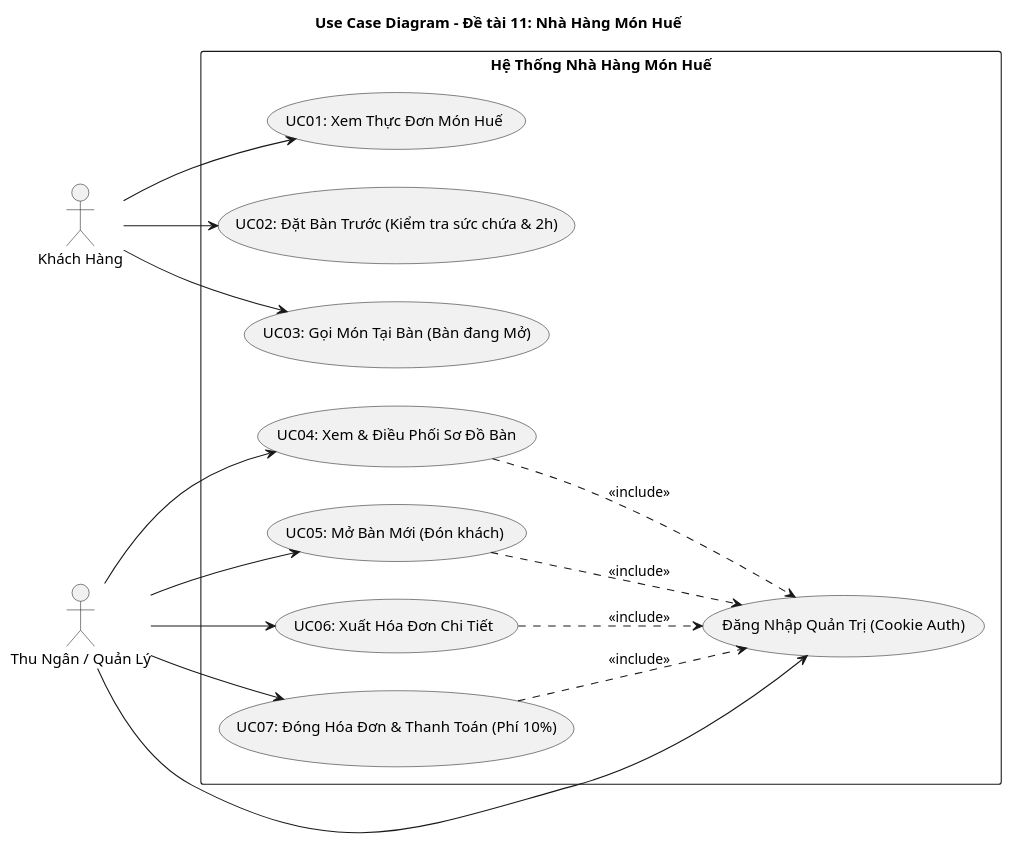
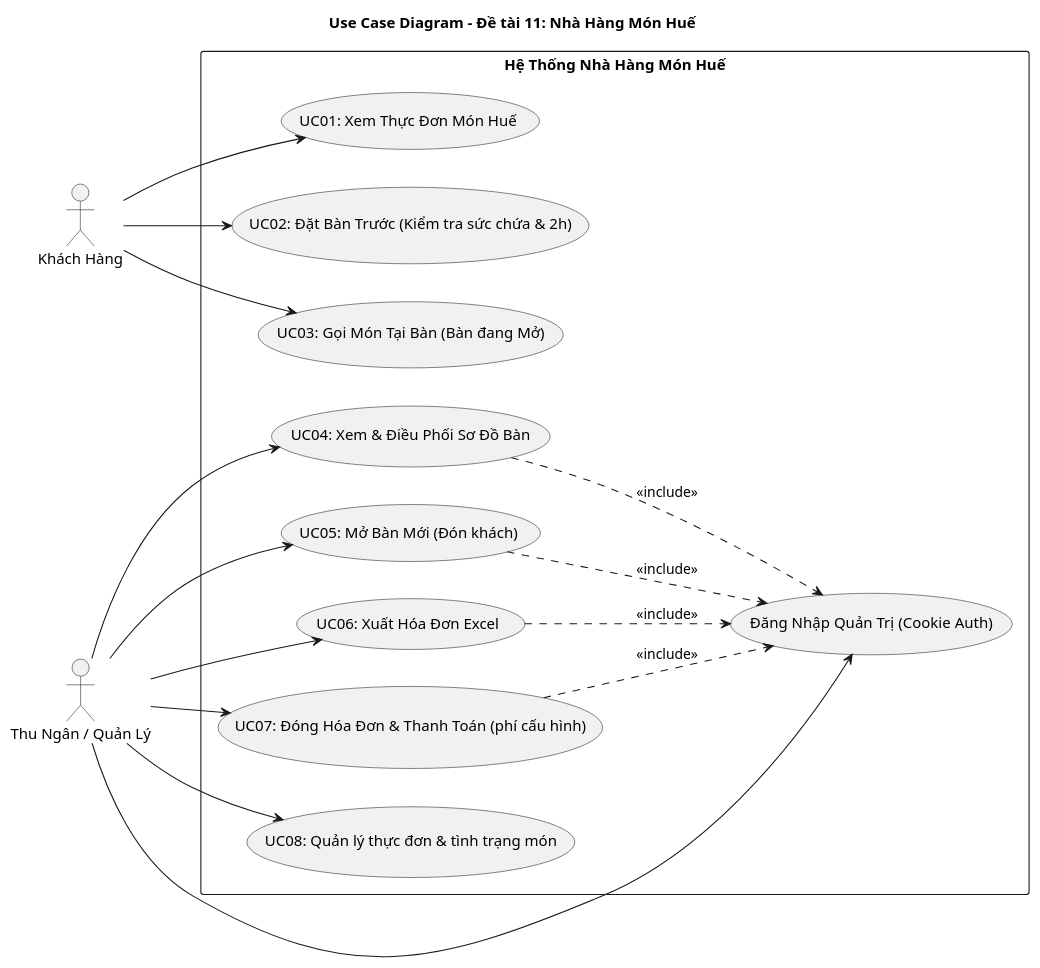
One commit to trunghuynh1520-coder/DoAnThi changed the diagram in Docs/usecase_diagram.puml. Above: the diagram before and after it, drawn with PlantUML. The commit also changed 32 other files, not shown here.

```diff
--- a/Docs/usecase_diagram.puml
+++ b/Docs/usecase_diagram.puml
@@ -1,36 +1,38 @@
 @startuml
 title Use Case Diagram - Đề tài 11: Nhà Hàng Món Huế
 
 left to right direction
 skinparam packageStyle rectangle
 
 actor "Khách Hàng" as Customer
 actor "Thu Ngân / Quản Lý" as Admin
 
 rectangle "Hệ Thống Nhà Hàng Món Huế" {
     usecase "UC01: Xem Thực Đơn Món Huế" as UC_ViewMenu
     usecase "UC02: Đặt Bàn Trước (Kiểm tra sức chứa & 2h)" as UC_Reservation
     usecase "UC03: Gọi Món Tại Bàn (Bàn đang Mở)" as UC_PlaceOrder
     usecase "UC04: Xem & Điều Phối Sơ Đồ Bàn" as UC_ManageTables
     usecase "UC05: Mở Bàn Mới (Đón khách)" as UC_OpenTable
-    usecase "UC06: Xuất Hóa Đơn Chi Tiết" as UC_ExportBill
-    usecase "UC07: Đóng Hóa Đơn & Thanh Toán (Phí 10%)" as UC_CloseOrder
+    usecase "UC06: Xuất Hóa Đơn Excel" as UC_ExportBill
+    usecase "UC07: Đóng Hóa Đơn & Thanh Toán (phí cấu hình)" as UC_CloseOrder
+    usecase "UC08: Quản lý thực đơn & tình trạng món" as UC_ManageMenu
     usecase "Đăng Nhập Quản Trị (Cookie Auth)" as UC_Login
 }
 
 Customer --> UC_ViewMenu
 Customer --> UC_Reservation
 Customer --> UC_PlaceOrder
 
 Admin --> UC_Login
 Admin --> UC_ManageTables
 Admin --> UC_OpenTable
 Admin --> UC_ExportBill
 Admin --> UC_CloseOrder
+Admin --> UC_ManageMenu
 
 UC_ManageTables ..> UC_Login : <<include>>
 UC_OpenTable ..> UC_Login : <<include>>
 UC_CloseOrder ..> UC_Login : <<include>>
 UC_ExportBill ..> UC_Login : <<include>>
 
 @enduml
```
